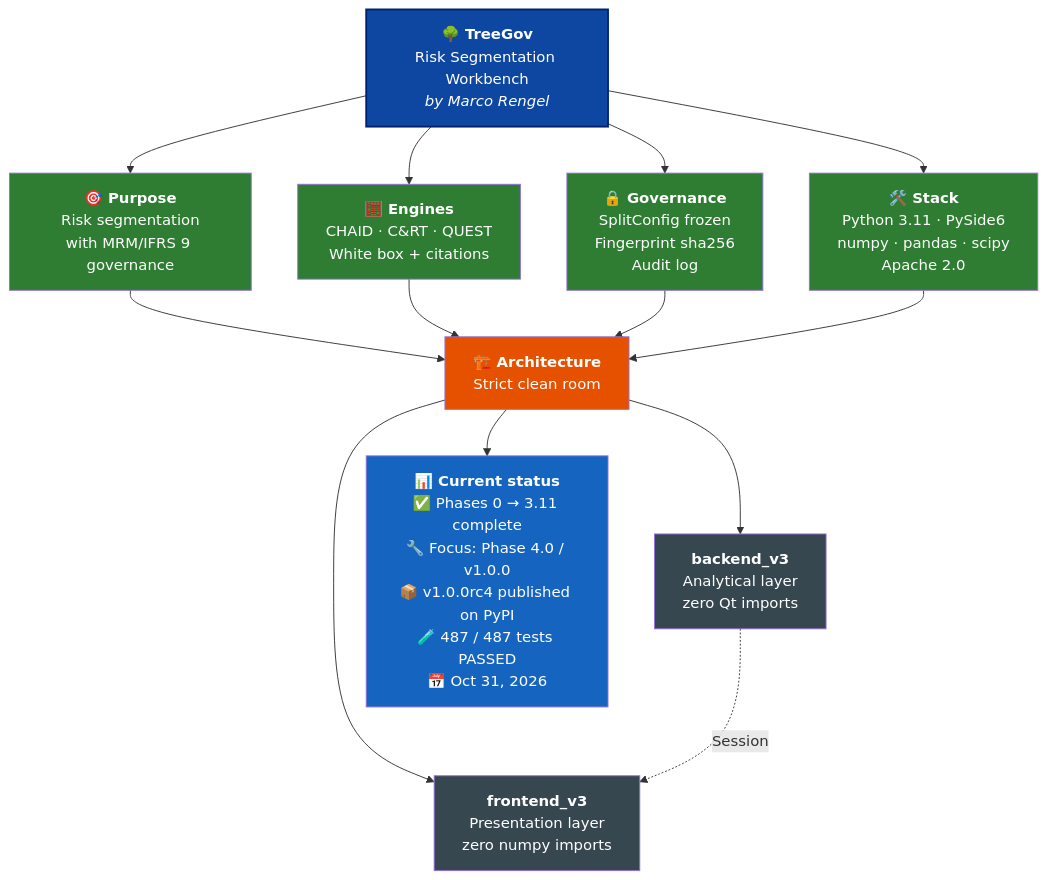
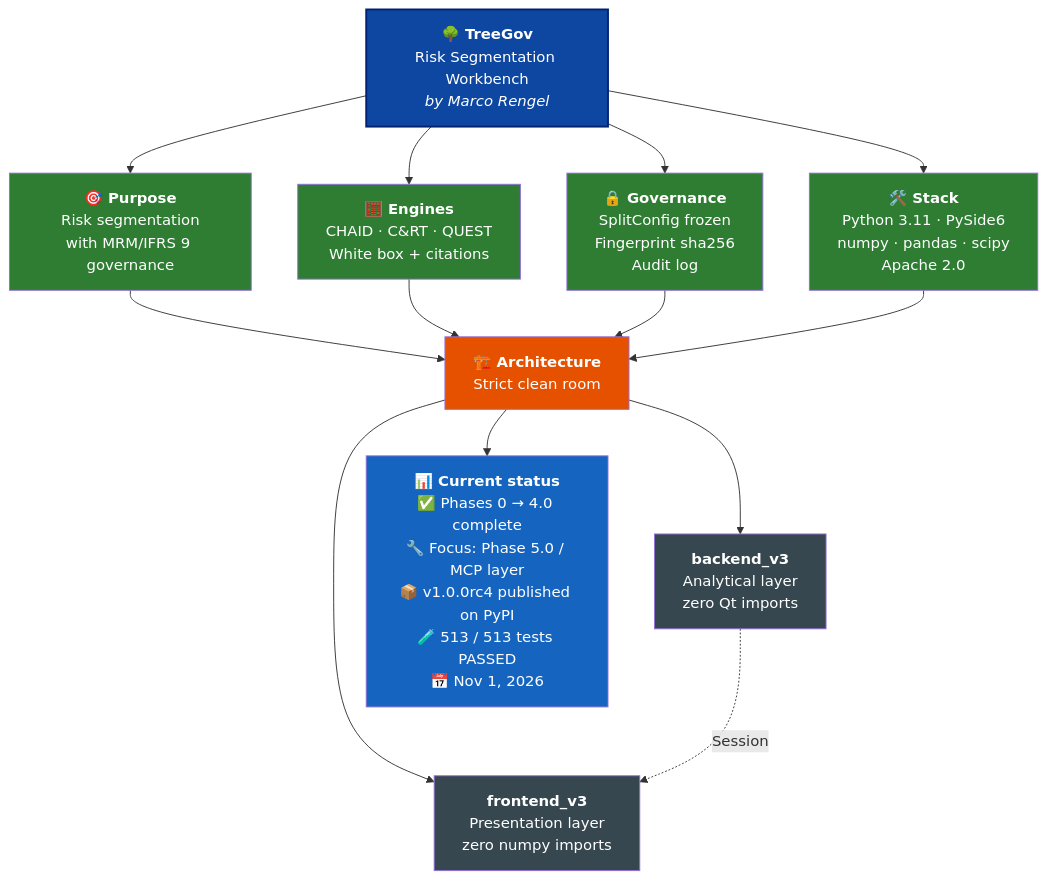
One commit to Marco-Rengel/treegov changed the diagram in README.md. Above: the diagram before and after it, drawn with Mermaid. The commit also changed 13 other files, not shown here.

````diff
--- a/README.md
+++ b/README.md
@@ -38,31 +38,31 @@
 ```mermaid
 flowchart TB
     TG["<b>🌳 TreeGov</b><br/>Risk Segmentation Workbench<br/><i>by Marco Rengel</i>"]
 
     TG --> P["<b>🎯 Purpose</b><br/>Risk segmentation<br/>with MRM/IFRS 9 governance"]
     TG --> M["<b>🧮 Engines</b><br/>CHAID · C&RT · QUEST<br/>White box + citations"]
     TG --> G["<b>🔒 Governance</b><br/>SplitConfig frozen<br/>Fingerprint sha256<br/>Audit log"]
     TG --> S["<b>🛠️ Stack</b><br/>Python 3.11 · PySide6<br/>numpy · pandas · scipy<br/>Apache 2.0"]
 
     P --> ARQ["<b>🏗️ Architecture</b><br/>Strict clean room"]
     M --> ARQ
     G --> ARQ
     S --> ARQ
 
     ARQ --> BE["<b>backend_v3</b><br/>Analytical layer<br/>zero Qt imports"]
     ARQ --> FE["<b>frontend_v3</b><br/>Presentation layer<br/>zero numpy imports"]
 
     BE -.->|Session| FE
 
-    ARQ --> ST["<b>📊 Current status</b><br/>✅ Phases 0 → 3.11 complete<br/>🔧 Focus: Phase 4.0 / v1.0.0<br/>📦 v1.0.0rc4 published on PyPI<br/>🧪 487 / 487 tests PASSED<br/>📅 Oct 31, 2026"]
+    ARQ --> ST["<b>📊 Current status</b><br/>✅ Phases 0 → 4.0 complete<br/>🔧 Focus: Phase 5.0 / MCP layer<br/>📦 v1.0.0rc4 published on PyPI<br/>🧪 513 / 513 tests PASSED<br/>📅 Nov 1, 2026"]
 
     style TG fill:#0D47A1,color:#fff,stroke:#002171,stroke-width:2px
     style P fill:#2E7D32,color:#fff
     style M fill:#2E7D32,color:#fff
     style G fill:#2E7D32,color:#fff
     style S fill:#2E7D32,color:#fff
     style ARQ fill:#E65100,color:#fff
     style BE fill:#37474F,color:#fff
     style FE fill:#37474F,color:#fff
     style ST fill:#1565C0,color:#fff
 ```
````
